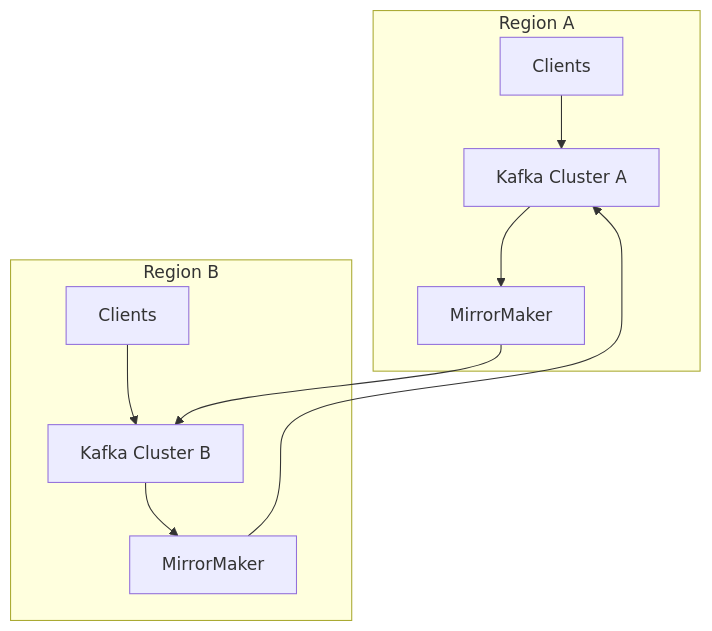
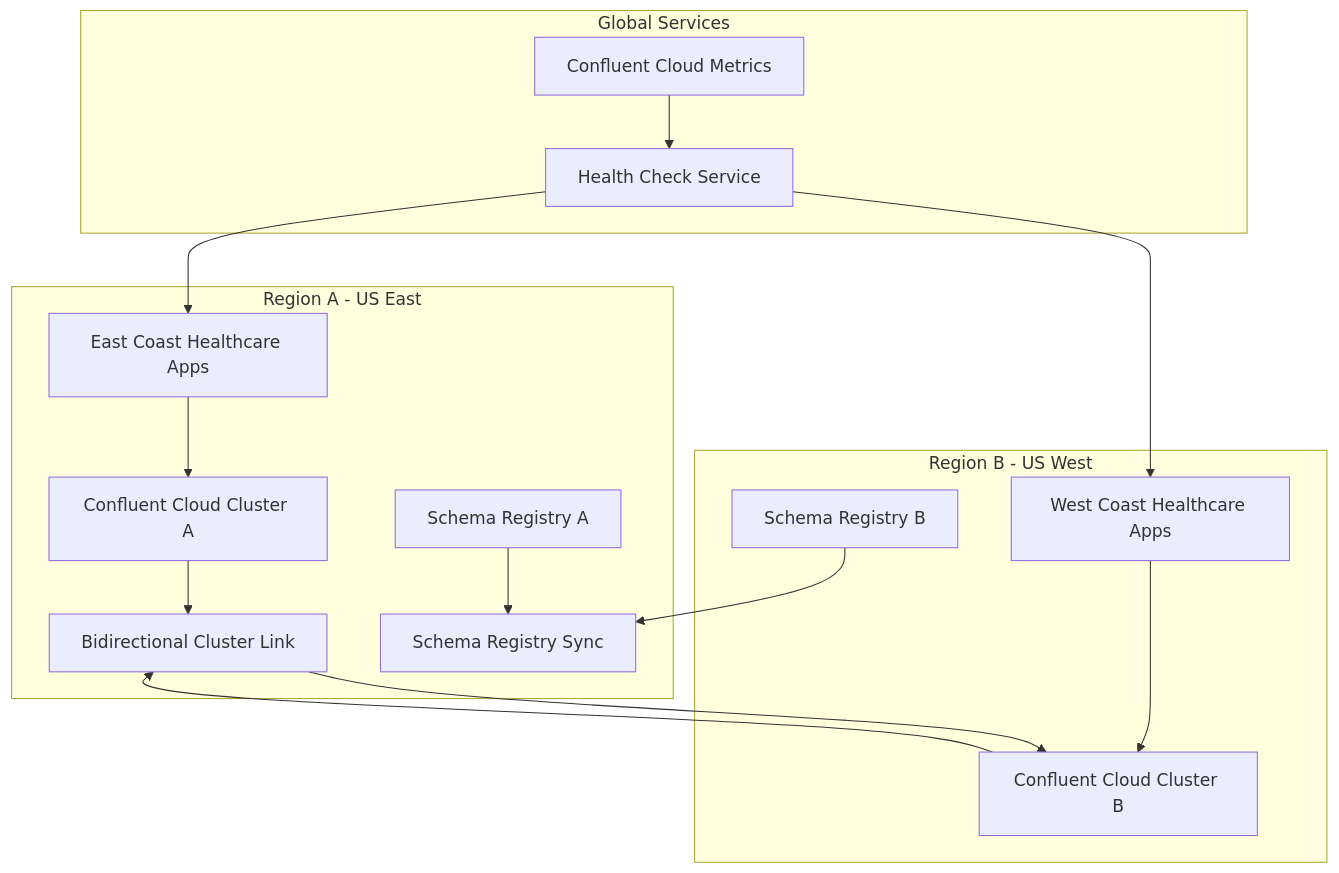
Before and after one commit to ryan-norman-cmm/cmm-reference-architecture: the third of 3 diagrams in docs/architecture/core_components/event-broker/05-operations/disaster-recovery.md, drawn with Mermaid. The commit also changed other lines of this file and 32 other files, not shown here.

````diff
--- a/docs/architecture/core_components/event-broker/05-operations/disaster-recovery.md
+++ b/docs/architecture/core_components/event-broker/05-operations/disaster-recovery.md
@@ -444,15 +2441,26 @@
 ```mermaid
 flowchart TB
-    subgraph "Region A"
-        ClientsA["Clients"] --> BrokersA["Kafka Cluster A"]
-        BrokersA --> MirrorMakerA["MirrorMaker"]
+    subgraph "Region A - US East"
+        ClientsA["East Coast Healthcare Apps"] --> ClusterA["Confluent Cloud Cluster A"]
+        ClusterA --> ClusterLinkAB["Bidirectional Cluster Link"]
+        SchemaRegistryA["Schema Registry A"] --> SchemaSync
     end
     
-    subgraph "Region B"
-        ClientsB["Clients"] --> BrokersB["Kafka Cluster B"]
-        BrokersB --> MirrorMakerB["MirrorMaker"]
+    subgraph "Region B - US West"
+        ClientsB["West Coast Healthcare Apps"] --> ClusterB["Confluent Cloud Cluster B"]
+        ClusterLinkAB --> ClusterB
+        SchemaRegistryB["Schema Registry B"] --> SchemaSync
     end
     
-    MirrorMakerA --> BrokersB
-    MirrorMakerB --> BrokersA
+    ClusterB --> ClusterLinkAB
+    
+    subgraph "Global Services"
+        SchemaSync["Schema Registry Sync"]
+        GlobalMonitoring["Confluent Cloud Metrics"]
+        HealthCheck["Health Check Service"]
+    end
+    
+    GlobalMonitoring --> HealthCheck
+    HealthCheck --> ClientsA
+    HealthCheck --> ClientsB
 ```
````
